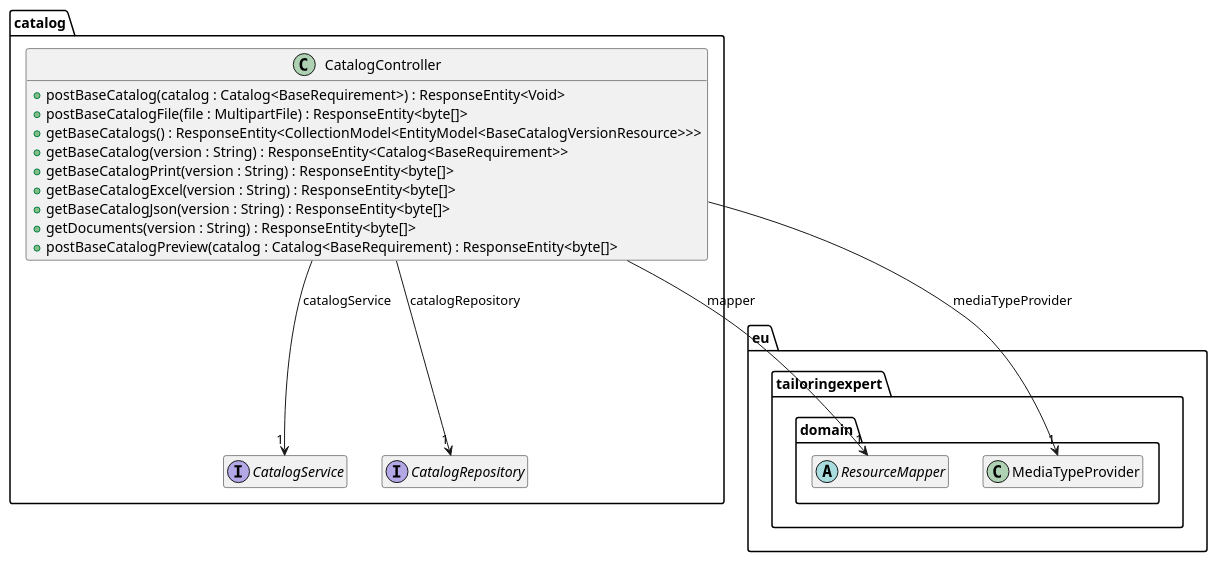
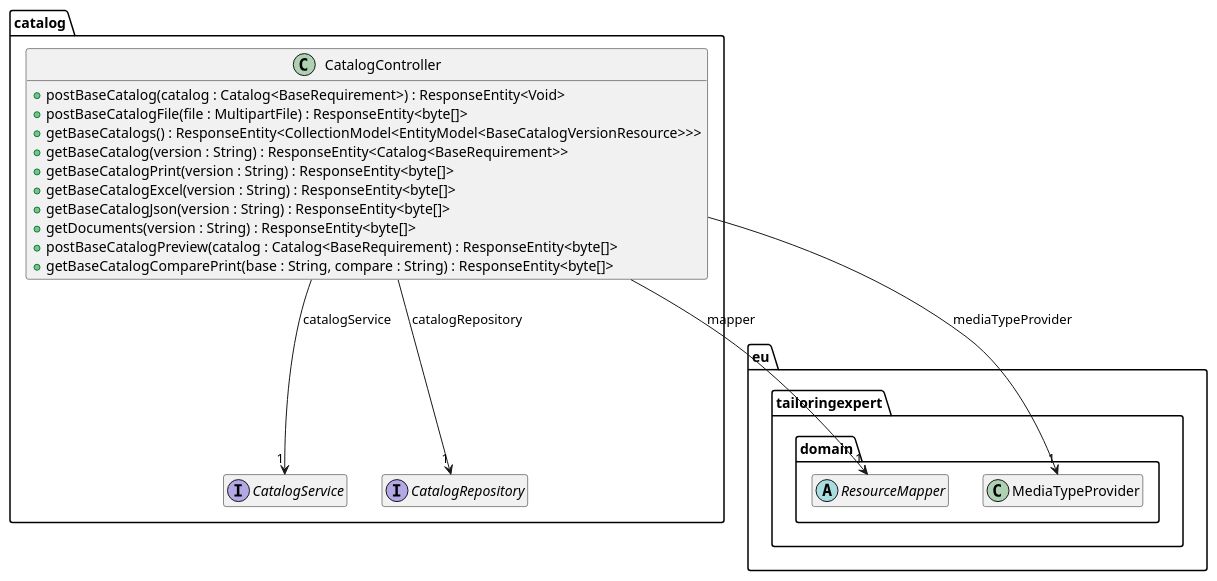
One commit to tailoringexpert/platform changed the diagram in src/site/arc42/plantuml/rest/catalog/Ebene3.plantuml. Above: the diagram before and after it, drawn with PlantUML. The commit also changed 31 other files, not shown here.

```diff
--- a/src/site/arc42/plantuml/rest/catalog/Ebene3.plantuml
+++ b/src/site/arc42/plantuml/rest/catalog/Ebene3.plantuml
@@ -1,37 +1,38 @@
 @startuml
 hide empty members
 
 package eu.tailoringexpert {
     package domain {
         abstract class ResourceMapper
         class MediaTypeProvider
     }
 }
 
 package catalog {
 
     interface CatalogService {
     }
 
     interface CatalogRepository {
     }
 
     class CatalogController {
         +postBaseCatalog(catalog : Catalog<BaseRequirement>) : ResponseEntity<Void>
         +postBaseCatalogFile(file : MultipartFile) : ResponseEntity<byte[]>
         +getBaseCatalogs() : ResponseEntity<CollectionModel<EntityModel<BaseCatalogVersionResource>>>
         +getBaseCatalog(version : String) : ResponseEntity<Catalog<BaseRequirement>>
         +getBaseCatalogPrint(version : String) : ResponseEntity<byte[]>
         +getBaseCatalogExcel(version : String) : ResponseEntity<byte[]>
         +getBaseCatalogJson(version : String) : ResponseEntity<byte[]>
         +getDocuments(version : String) : ResponseEntity<byte[]>
         +postBaseCatalogPreview(catalog : Catalog<BaseRequirement) : ResponseEntity<byte[]>
+        +getBaseCatalogComparePrint(base : String, compare : String) : ResponseEntity<byte[]>
     }
 
 
     CatalogController --> "1" ResourceMapper : mapper
     CatalogController --> "1" CatalogService : catalogService
     CatalogController --> "1" CatalogRepository : catalogRepository
     CatalogController --> "1" MediaTypeProvider : mediaTypeProvider
 }
 @enduml
```
